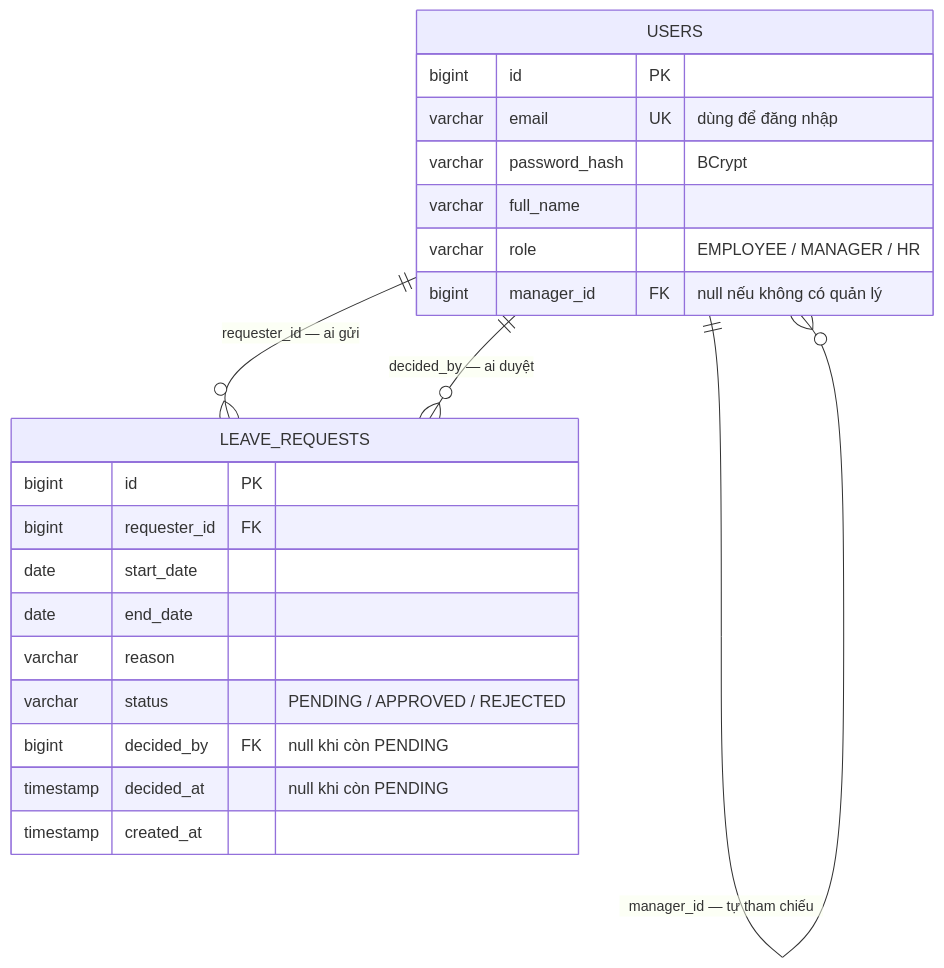
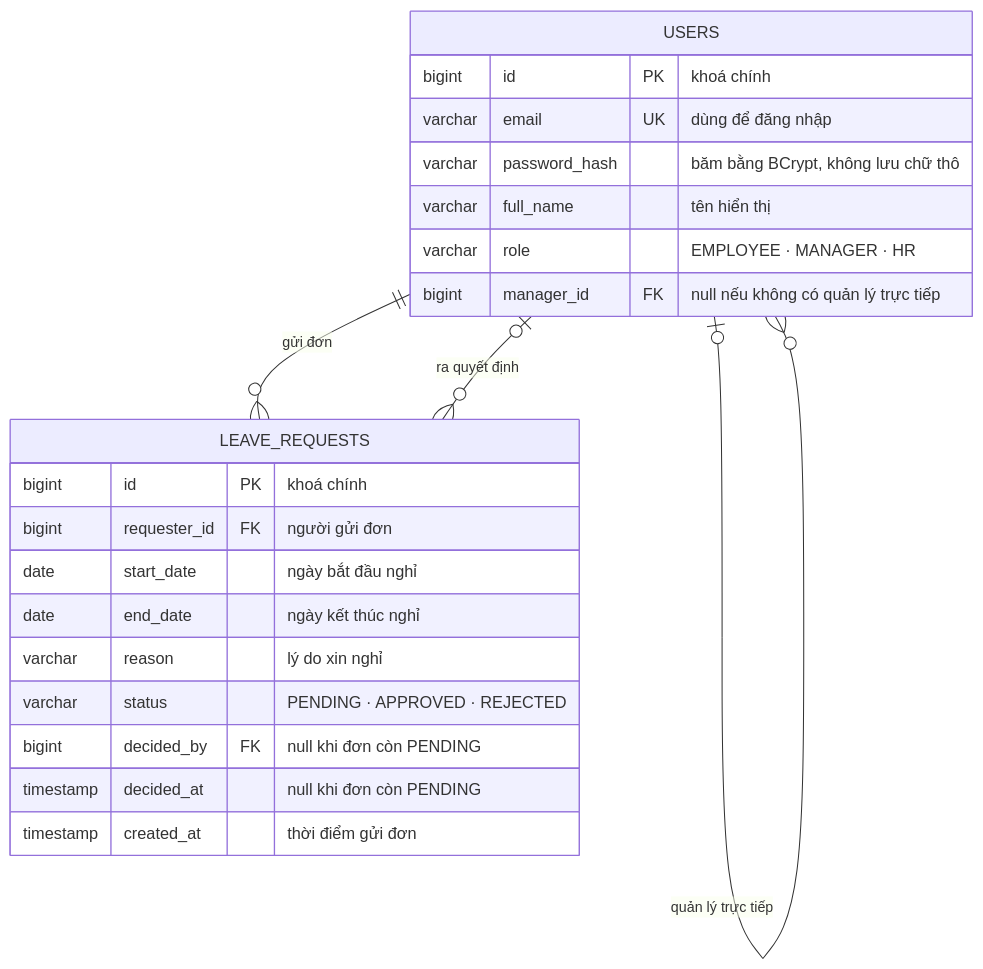
The fourth of 4 diagrams in README.md (Lucky160706/Employee-Workflow-and-Leave-Management-Platform), drawn with Mermaid before and after one commit. The commit also changed other lines of this file and 1 other file, not shown here.

Commit message:
update commit

````diff
--- a/README.md
+++ b/README.md
@@ -245,27 +245,27 @@
 ```mermaid
 erDiagram
-    USERS ||--o{ USERS : "manager_id — tự tham chiếu"
-    USERS ||--o{ LEAVE_REQUESTS : "requester_id — ai gửi"
-    USERS ||--o{ LEAVE_REQUESTS : "decided_by — ai duyệt"
+    USERS |o--o{ USERS          : "quản lý trực tiếp"
+    USERS ||--o{ LEAVE_REQUESTS : "gửi đơn"
+    USERS |o--o{ LEAVE_REQUESTS : "ra quyết định"
 
     USERS {
-        bigint id PK
-        varchar email UK "dùng để đăng nhập"
-        varchar password_hash "BCrypt"
-        varchar full_name
-        varchar role "EMPLOYEE / MANAGER / HR"
-        bigint manager_id FK "null nếu không có quản lý"
+        bigint  id            PK "khoá chính"
+        varchar email         UK "dùng để đăng nhập"
+        varchar password_hash    "băm bằng BCrypt, không lưu chữ thô"
+        varchar full_name        "tên hiển thị"
+        varchar role             "EMPLOYEE · MANAGER · HR"
+        bigint  manager_id    FK "null nếu không có quản lý trực tiếp"
     }
 
     LEAVE_REQUESTS {
-        bigint id PK
-        bigint requester_id FK
-        date start_date
-        date end_date
-        varchar reason
-        varchar status "PENDING / APPROVED / REJECTED"
-        bigint decided_by FK "null khi còn PENDING"
-        timestamp decided_at "null khi còn PENDING"
-        timestamp created_at
+        bigint    id           PK "khoá chính"
+        bigint    requester_id FK "người gửi đơn"
+        date      start_date      "ngày bắt đầu nghỉ"
+        date      end_date        "ngày kết thúc nghỉ"
+        varchar   reason          "lý do xin nghỉ"
+        varchar   status          "PENDING · APPROVED · REJECTED"
+        bigint    decided_by   FK "null khi đơn còn PENDING"
+        timestamp decided_at      "null khi đơn còn PENDING"
+        timestamp created_at      "thời điểm gửi đơn"
     }
 ```
````
